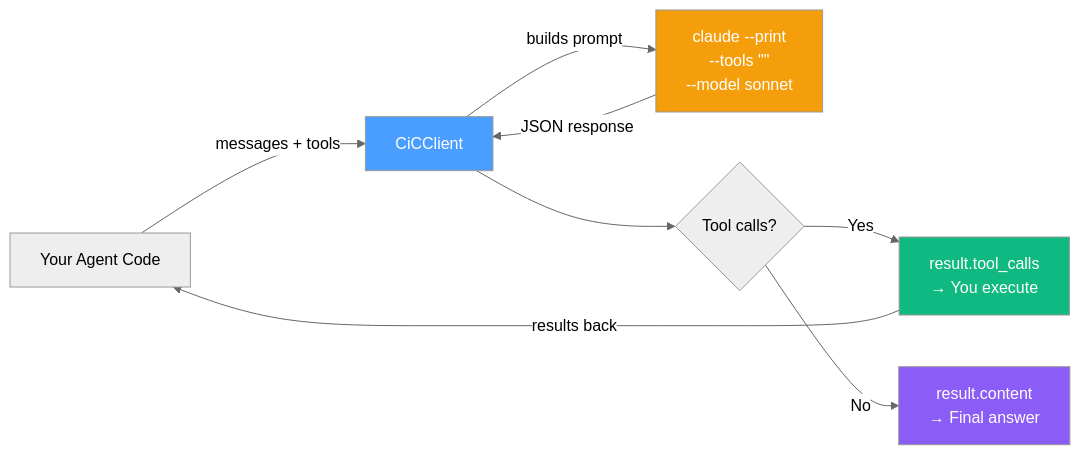
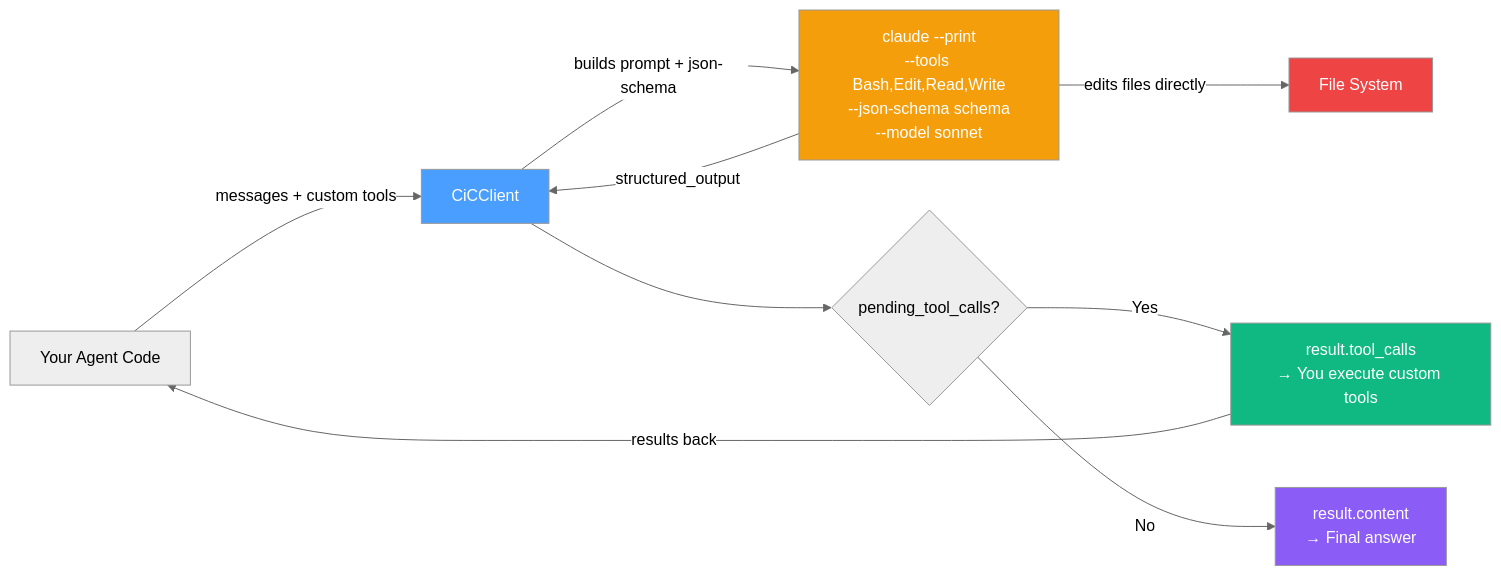
The first of 5 diagrams in README.md (maclarensg/CiC), drawn with Mermaid (neutral theme) before and after one commit. The commit also changed other lines of this file and 4 other files, not shown here.

First line of the commit message:
Implement hybrid mode — Claude executes files, caller executes custom tools

````diff
--- a/README.md
+++ b/README.md
@@ -13,15 +15,17 @@
 ```mermaid
 flowchart LR
-    A[Your Agent Code] -->|messages + tools| B[CiCClient]
-    B -->|builds prompt| C["claude --print\n--tools &quot;&quot;\n--model sonnet"]
-    C -->|JSON response| B
-    B --> D{Tool calls?}
-    D -->|Yes| E["result.tool_calls\n→ You execute"]
-    D -->|No| F["result.content\n→ Final answer"]
-    E -->|results back| A
+    A[Your Agent Code] -->|messages + custom tools| B[CiCClient]
+    B -->|builds prompt + json-schema| C["claude --print\n--tools Bash,Edit,Read,Write\n--json-schema schema\n--model sonnet"]
+    C -->|edits files directly| D["File System"]
+    C -->|structured_output| B
+    B --> E{pending_tool_calls?}
+    E -->|Yes| F["result.tool_calls\n→ You execute custom tools"]
+    E -->|No| G["result.content\n→ Final answer"]
+    F -->|results back| A
 
     style B fill:#4a9eff,color:#fff
     style C fill:#f59e0b,color:#fff
-    style E fill:#10b981,color:#fff
-    style F fill:#8b5cf6,color:#fff
+    style D fill:#ef4444,color:#fff
+    style F fill:#10b981,color:#fff
+    style G fill:#8b5cf6,color:#fff
 ```
````
